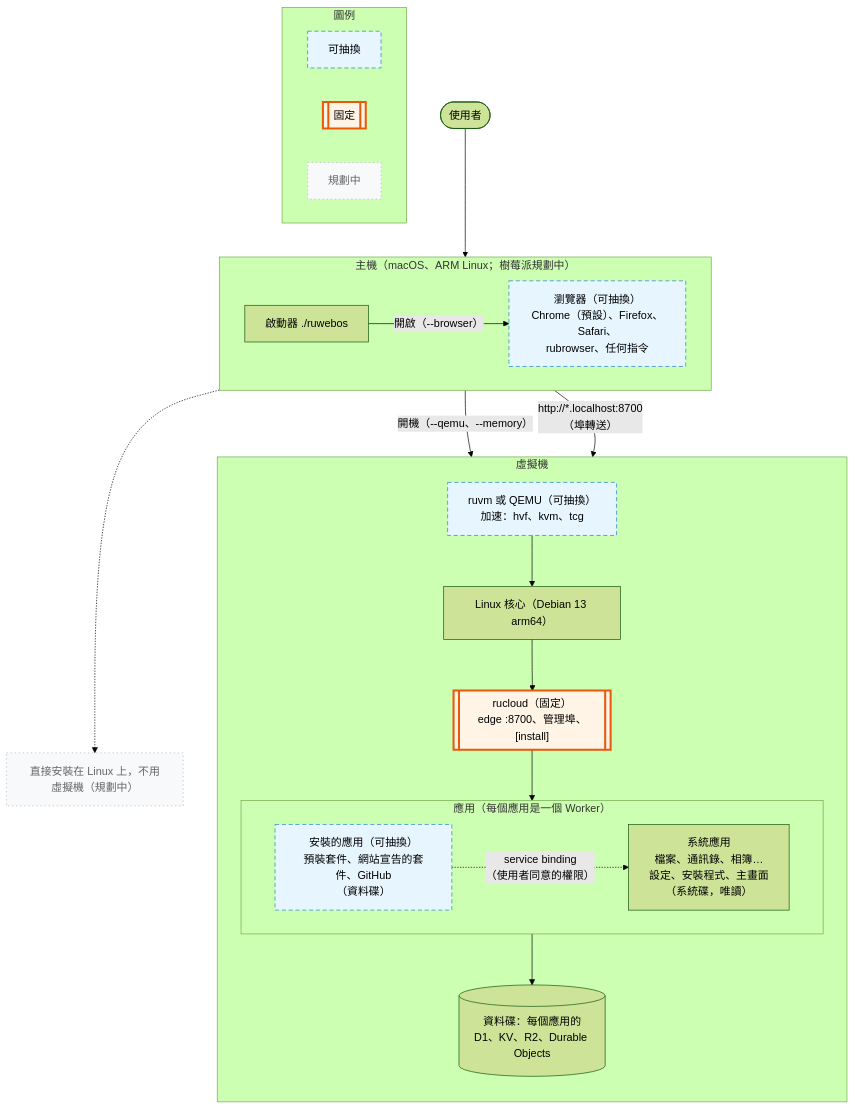
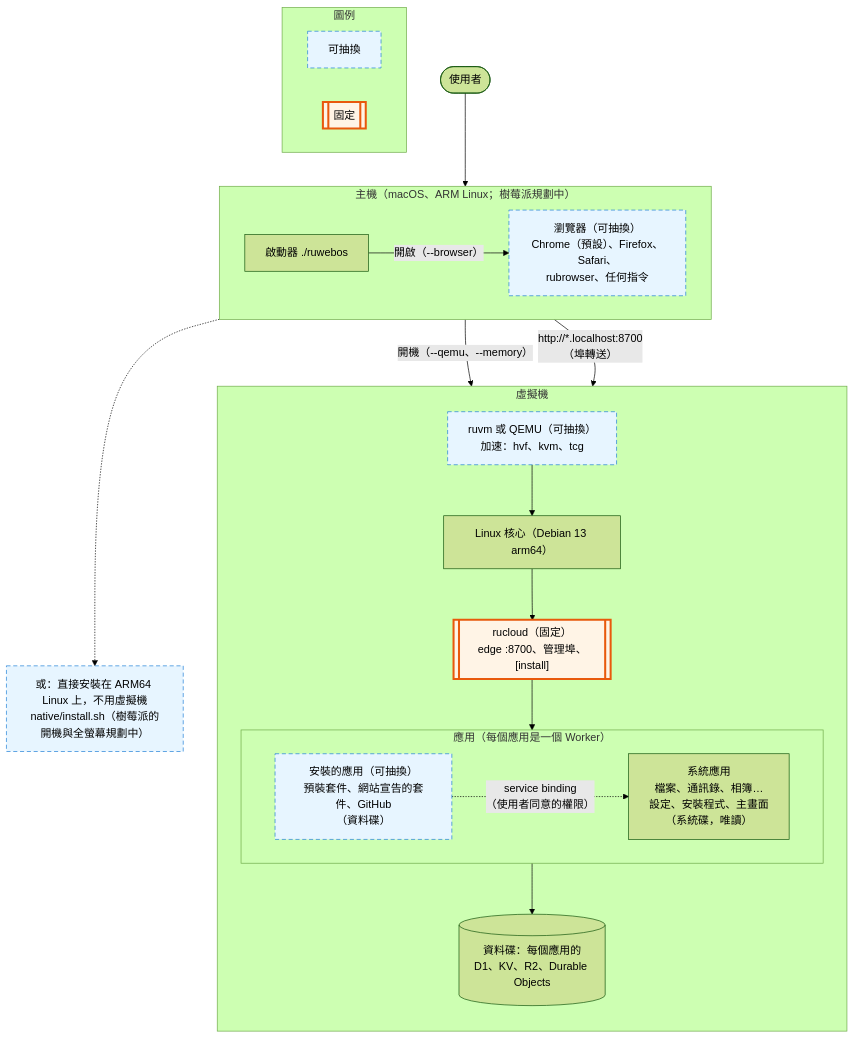
The diagram in README.md (ccc-claude-opus/ruwebos), drawn with Mermaid (forest theme) before and after one commit. The commit also changed other lines of this file and 10 other files, not shown here.

First line of the commit message:
Install ruwebos directly on Linux, without a VM (native/)

````diff
--- a/README.md
+++ b/README.md
@@ -19,48 +19,46 @@
 ```mermaid
 flowchart TB
   user(["使用者"])
 
   subgraph host["主機（macOS、ARM Linux；樹莓派規劃中）"]
     direction LR
     launcher["啟動器 ./ruwebos"]
     browser["瀏覽器（可抽換）<br/>Chrome（預設）、Firefox、Safari、<br/>rubrowser、任何指令"]
   end
 
   subgraph vm["虛擬機"]
     direction TB
     vmimpl["ruvm 或 QEMU（可抽換）<br/>加速：hvf、kvm、tcg"]
     kernel["Linux 核心（Debian 13 arm64）"]
     rucloud[["rucloud（固定）<br/>edge :8700、管理埠、[install]"]]
     subgraph apps["應用（每個應用是一個 Worker）"]
       direction LR
       sysapps["系統應用<br/>檔案、通訊錄、相簿…<br/>設定、安裝程式、主畫面<br/>（系統碟，唯讀）"]
       installed["安裝的應用（可抽換）<br/>預裝套件、網站宣告的套件、GitHub<br/>（資料碟）"]
     end
     store[("資料碟：每個應用的<br/>D1、KV、R2、Durable Objects")]
     vmimpl --> kernel --> rucloud --> apps
     installed -. "service binding<br/>（使用者同意的權限）" .-> sysapps
     apps --> store
   end
 
-  native["直接安裝在 Linux 上，不用虛擬機（規劃中）"]
+  native["或：直接安裝在 ARM64 Linux 上，不用虛擬機<br/>native/install.sh（樹莓派的開機與全螢幕規劃中）"]
 
   user --> browser
   launcher -- "開啟（--browser）" --> browser
   launcher -- "開機（--qemu、--memory）" --> vmimpl
   launcher -.-> native
   browser -- "http://*.localhost:8700<br/>（埠轉送）" --> rucloud
 
   subgraph legend["圖例"]
     direction LR
     l1["可抽換"]
     l2[["固定"]]
-    l3["規劃中"]
   end
 
   classDef swap fill:#e7f5ff,stroke:#1c7ed6,stroke-dasharray:6 4,color:#000
   classDef fixed fill:#fff4e6,stroke:#e8590c,stroke-width:3px,color:#000
-  classDef plan fill:#f8f9fa,stroke:#adb5bd,stroke-dasharray:2 4,color:#666
-  class browser,installed,vmimpl,l1 swap
+  class browser,installed,vmimpl swap
   class rucloud,l2 fixed
-  class native,l3 plan
+  class native,l1 swap
 ```
````
